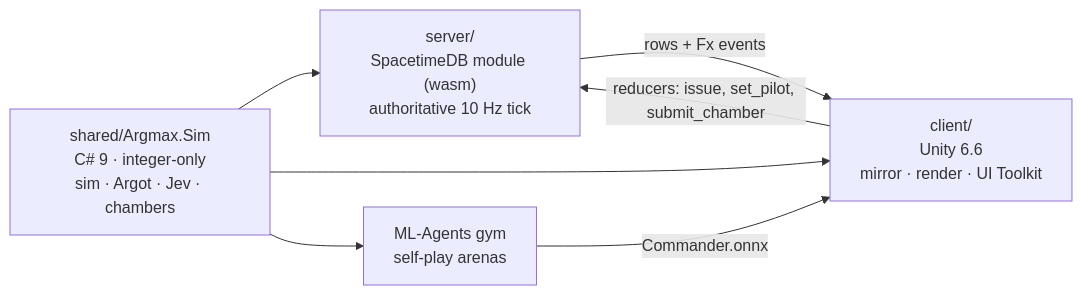
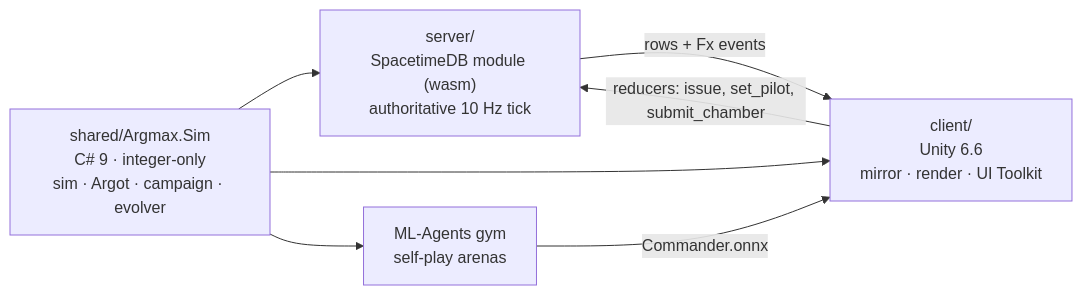
One commit to WalterGropius/argmax changed the diagram in README.md. Above: the diagram before and after it, drawn with Mermaid. The commit also changed other lines of this file and 111 other files, not shown here.

````diff
--- a/README.md
+++ b/README.md
@@ -94,10 +176,10 @@
 ```mermaid
 flowchart LR
-  sim["shared/Argmax.Sim<br/>C# 9 · integer-only<br/>sim · Argot · Jev · chambers"]
+  sim["shared/Argmax.Sim<br/>C# 9 · integer-only<br/>sim · Argot · campaign · evolver"]
   sim --> server["server/<br/>SpacetimeDB module (wasm)<br/>authoritative 10 Hz tick"]
   sim --> client["client/<br/>Unity 6.6<br/>mirror · render · UI Toolkit"]
   sim --> gym["ML-Agents gym<br/>self-play arenas"]
   server -- "rows + Fx events" --> client
   client -- "reducers: issue, set_pilot, submit_chamber" --> server
   gym -- "Commander.onnx" --> client
 ```
````
